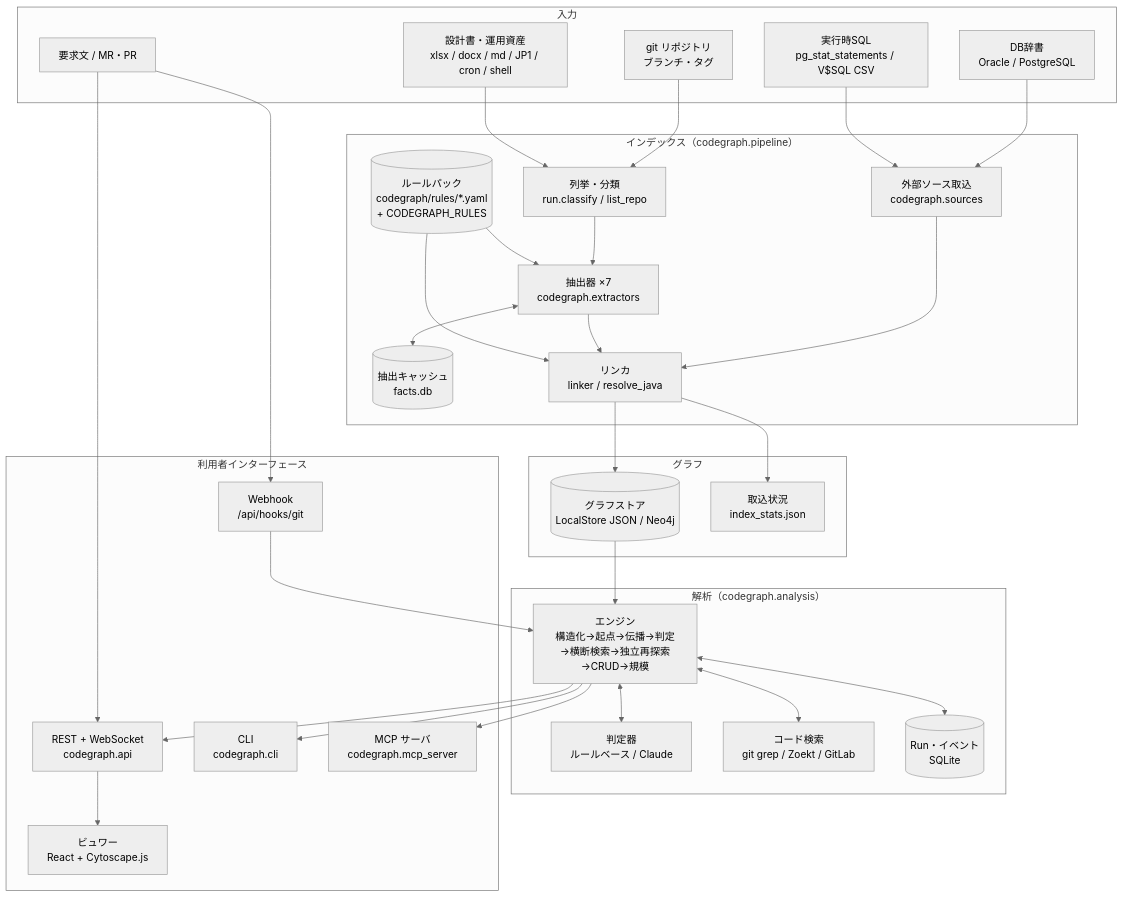
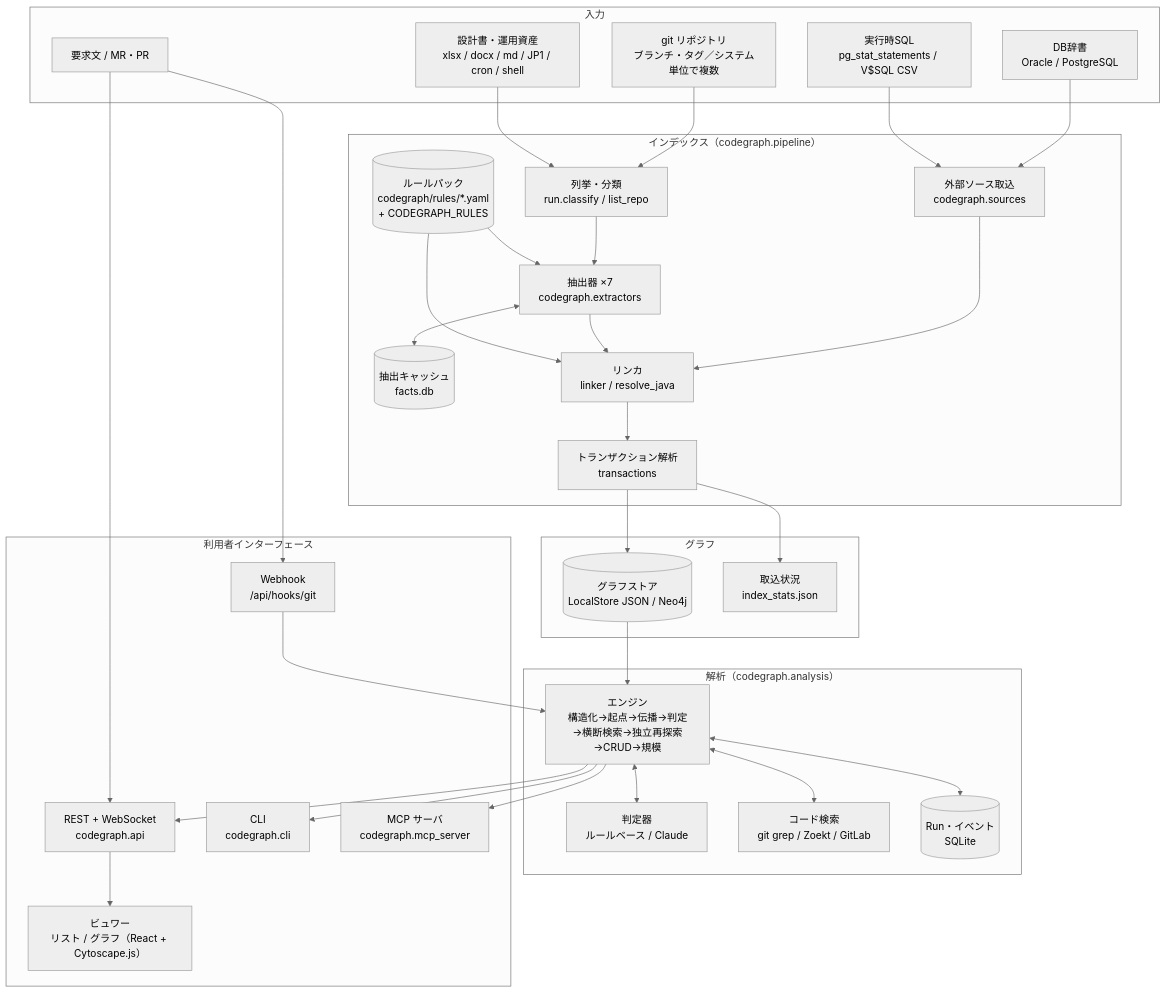
Before and after one commit to mstkfeb20-collab/himotoki: the first of 5 diagrams in docs/ARCHITECTURE.md, drawn with Mermaid (neutral theme). The commit also changed other lines of this file and 1 other file, not shown here.

First line of the commit message:
Architecture and security docs: cross-server systems and transactions

````diff
--- a/docs/ARCHITECTURE.md
+++ b/docs/ARCHITECTURE.md
@@ -63,63 +66,65 @@
 ```mermaid
 flowchart TB
   subgraph Inputs["入力"]
-    R[git リポジトリ<br/>ブランチ・タグ]
+    R[git リポジトリ<br/>ブランチ・タグ／システム単位で複数]
     D[設計書・運用資産<br/>xlsx / docx / md / JP1 / cron / shell]
     C[DB辞書<br/>Oracle / PostgreSQL]
     RT[実行時SQL<br/>pg_stat_statements / V$SQL CSV]
     Q[要求文 / MR・PR]
   end
 
   subgraph Index["インデックス（codegraph.pipeline）"]
     L[列挙・分類<br/>run.classify / list_repo]
     X[抽出器 ×7<br/>codegraph.extractors]
     RP[(ルールパック<br/>codegraph/rules/*.yaml<br/>+ CODEGRAPH_RULES)]
     FC[(抽出キャッシュ<br/>facts.db)]
     K[リンカ<br/>linker / resolve_java]
+    TX[トランザクション解析<br/>transactions]
     S[外部ソース取込<br/>codegraph.sources]
   end
 
   subgraph Store["グラフ"]
     G[(グラフストア<br/>LocalStore JSON / Neo4j)]
     REP[取込状況<br/>index_stats.json]
   end
 
   subgraph Analysis["解析（codegraph.analysis）"]
     E[エンジン<br/>構造化→起点→伝播→判定→横断検索→独立再探索→CRUD→規模]
     LLM[判定器<br/>ルールベース / Claude]
     CS[コード検索<br/>git grep / Zoekt / GitLab]
     RS[(Run・イベント<br/>SQLite)]
   end
 
   subgraph Front["利用者インターフェース"]
     API[REST + WebSocket<br/>codegraph.api]
-    V[ビュワー<br/>React + Cytoscape.js]
+    V[ビュワー<br/>リスト / グラフ（React + Cytoscape.js）]
     CLI[CLI<br/>codegraph.cli]
     MCP[MCP サーバ<br/>codegraph.mcp_server]
     WH[Webhook<br/>/api/hooks/git]
   end
 
   R --> L
   D --> L
   L --> X
   RP --> X
   X <--> FC
   C --> S
   RT --> S
   S --> K
   X --> K
   RP --> K
-  K --> G
-  K --> REP
+  K --> TX
+  TX --> G
+  TX --> REP
   Q --> API
   Q --> WH
   G --> E
   E <--> LLM
   E <--> CS
   E <--> RS
   E --> API
   API --> V
   E --> CLI
   E --> MCP
   WH --> E
 ```
````
